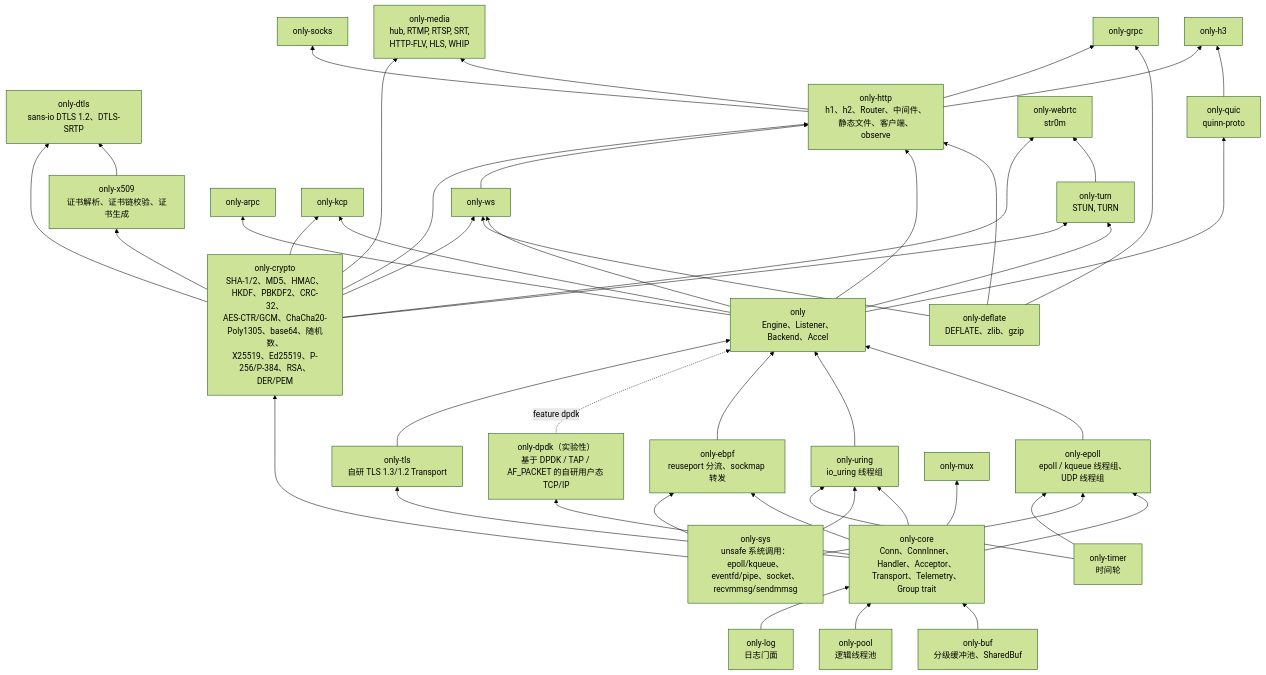
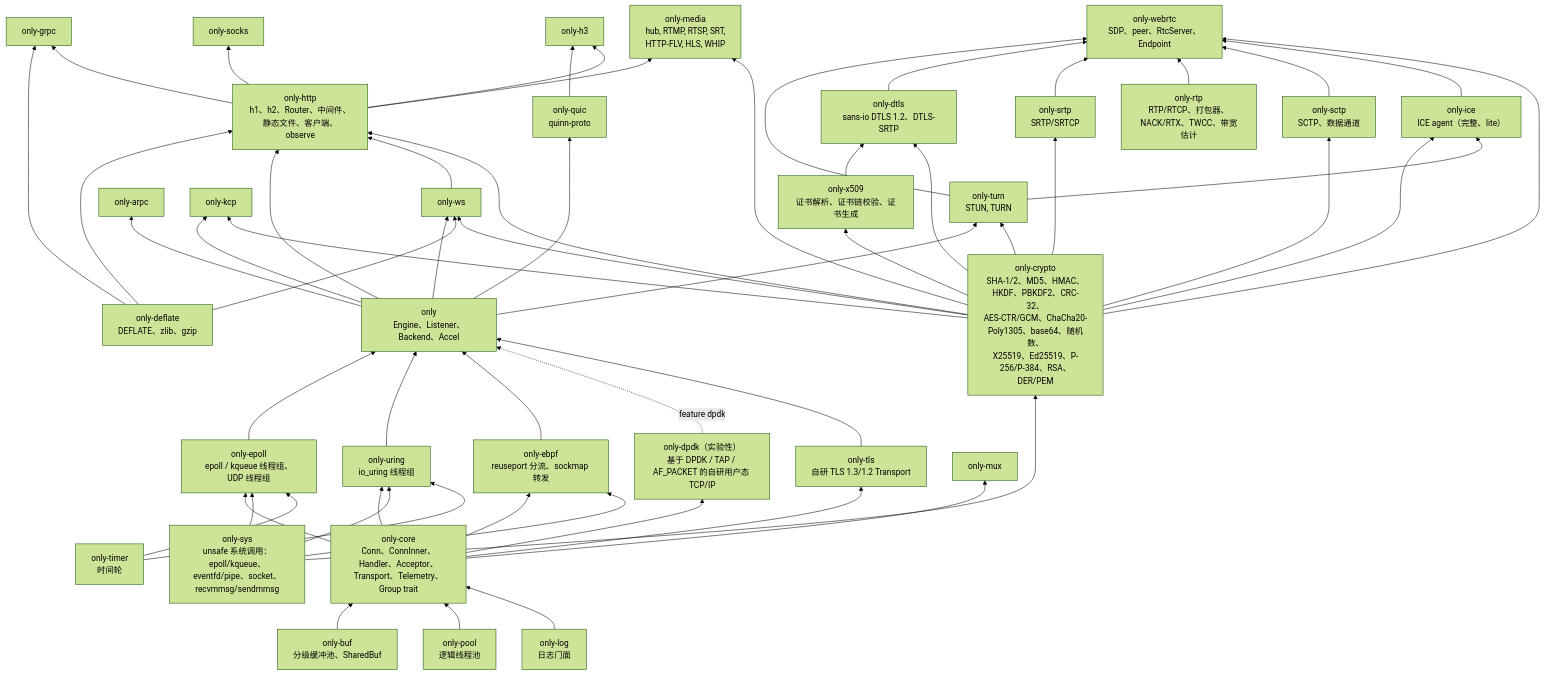
One commit to lesismal/akio changed the first of 6 diagrams in docs/architecture.zh-CN.md. Above: the diagram before and after it, drawn with Mermaid (forest theme). The commit also changed other lines of this file and 2145 other files, not shown here.

First line of the commit message:
feat(only-webrtc)!: own sans-io WebRTC stack, no str0m/dimpl/p256 (DEV-PLAN wave D)

```diff
--- a/docs/architecture.zh-CN.md
+++ b/docs/architecture.zh-CN.md
@@ -15,6 +15,10 @@
     crypto["only-crypto<br/>SHA-1/2、MD5、HMAC、HKDF、PBKDF2、CRC-32、<br/>AES-CTR/GCM、ChaCha20-Poly1305、base64、随机数、<br/>X25519、Ed25519、P-256/P-384、RSA、DER/PEM"]
     x509["only-x509<br/>证书解析、证书链校验、证书生成"]
     dtls["only-dtls<br/>sans-io DTLS 1.2、DTLS-SRTP"]
+    srtp["only-srtp<br/>SRTP/SRTCP"]
+    rtp["only-rtp<br/>RTP/RTCP、打包器、<br/>NACK/RTX、TWCC、带宽估计"]
+    sctp["only-sctp<br/>SCTP、数据通道"]
+    ice["only-ice<br/>ICE agent（完整、lite）"]
     buf["only-buf<br/>分级缓冲池、SharedBuf"]
     timer["only-timer<br/>时间轮"]
     deflate["only-deflate<br/>DEFLATE、zlib、gzip"]
@@ -37,7 +41,7 @@
     h3[only-h3]
     kcp[only-kcp]
     turn["only-turn<br/>STUN, TURN"]
-    webrtc["only-webrtc<br/>str0m"]
+    webrtc["only-webrtc<br/>SDP、peer、RtcServer、Endpoint"]
     media["only-media<br/>hub, RTMP, RTSP, SRT,<br/>HTTP-FLV, HLS, WHIP"]
 
     buf --> core
@@ -79,6 +83,15 @@
     crypto --> x509
     x509 --> dtls
     crypto --> dtls
+    crypto --> srtp
+    crypto --> sctp
+    crypto --> ice
+    turn --> ice
+    dtls --> webrtc
+    srtp --> webrtc
+    rtp --> webrtc
+    sctp --> webrtc
+    ice --> webrtc
     crypto --> ws
     crypto --> http
     crypto --> kcp
```
